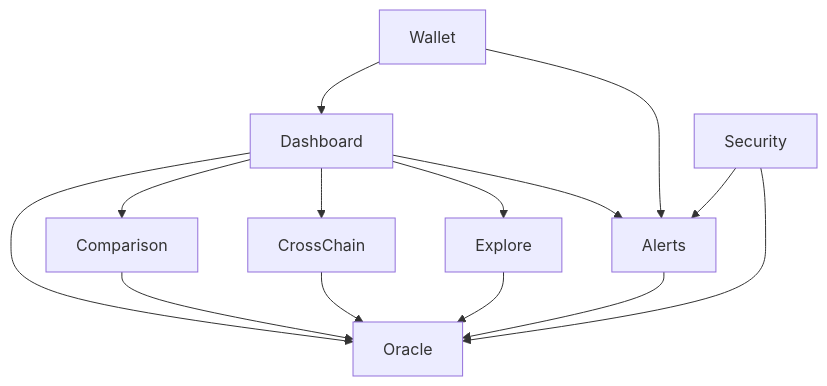
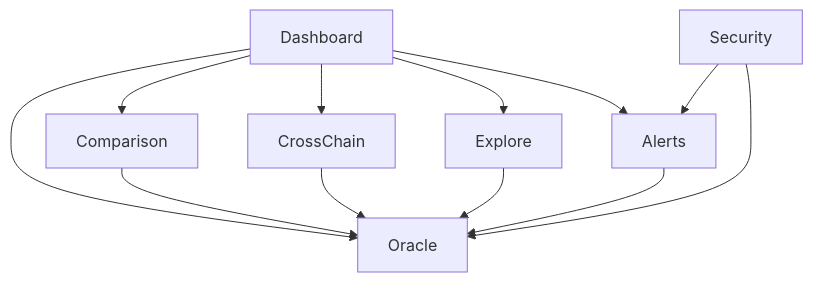
One commit to imokokok/Insight-beta changed the diagram in docs/architecture/modules.md. Above: the diagram before and after it, drawn with Mermaid. The commit also changed other lines of this file and 14 other files, not shown here.

````diff
--- a/docs/architecture/modules.md
+++ b/docs/architecture/modules.md
@@ -348,19 +350,16 @@
 ```mermaid
 graph TD
     Dashboard[Dashboard] --> Oracle[Oracle]
     Dashboard --> Comparison[Comparison]
     Dashboard --> CrossChain[CrossChain]
     Dashboard --> Explore[Explore]
     Dashboard --> Alerts[Alerts]
 
     Comparison --> Oracle
     CrossChain --> Oracle
     Explore --> Oracle
     Alerts --> Oracle
 
-    Wallet[Wallet] --> Dashboard
-    Wallet --> Alerts
-
     Security[Security] --> Oracle
     Security --> Alerts
 ```
````
